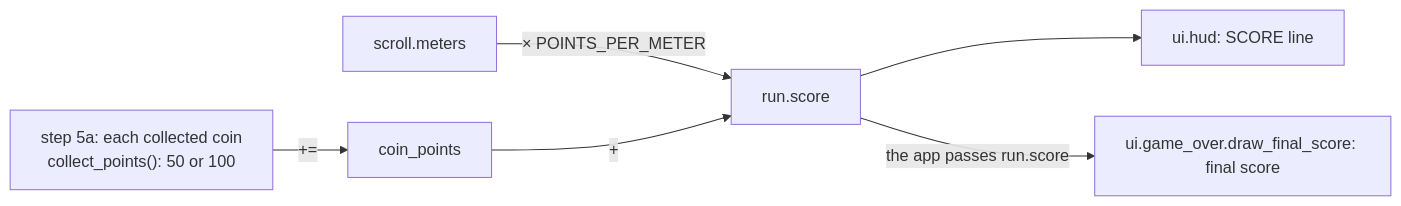
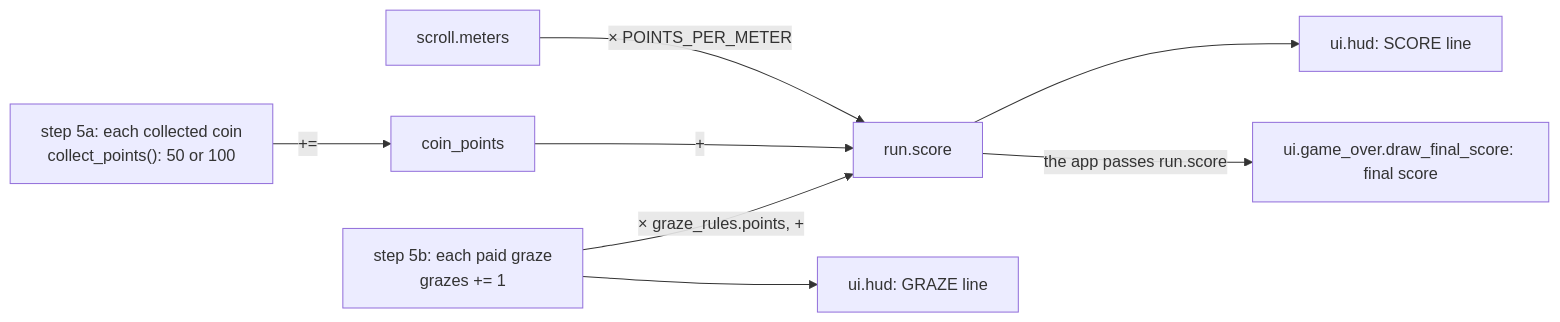
Before and after one commit to david-mntl/driftward-ace: the fourth of 4 diagrams in docs/contracts/systems/run.md, drawn with Mermaid. The commit also changed other lines of this file and 29 other files, not shown here.

Commit message:
docs(contracts): design DRA-117 graze, scoring schema, tasks and integration checks

````diff
--- a/docs/contracts/systems/run.md
+++ b/docs/contracts/systems/run.md
@@ -103,8 +106,10 @@
 ```mermaid
 flowchart LR
   M["scroll.meters"] -- "× POINTS_PER_METER" --> S["run.score"]
   K["step 5a: each collected coin<br/>collect_points(): 50 or 100"] -- "+=" --> C["coin_points"]
   C -- "+" --> S
+  GZ["step 5b: each paid graze<br/>grazes += 1"] -- "× graze_rules.points, +" --> S
   S --> HUD["ui.hud: SCORE line"]
+  GZ --> HUD2["ui.hud: GRAZE line"]
   S -- "the app passes run.score" --> GO["ui.game_over.draw_final_score: final score"]
 ```
````
